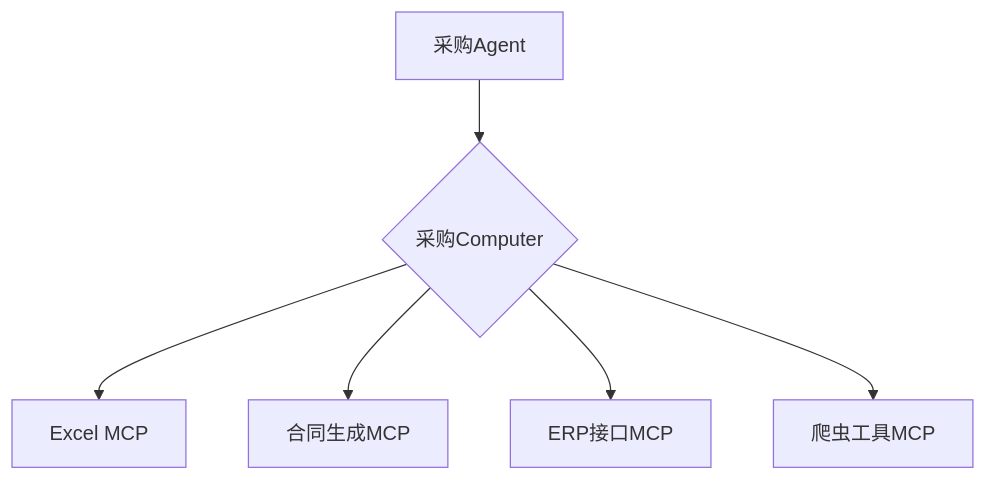
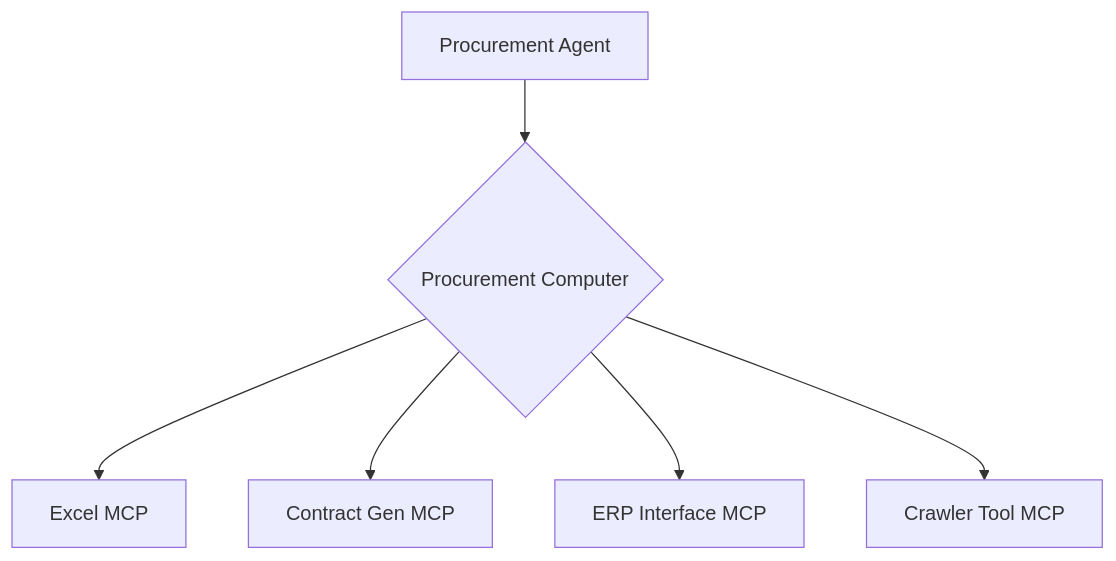
Before and after one commit to A2C-SMCP/.github: the second of 7 diagrams in profile/README.md, drawn with Mermaid. The commit also changed other lines of this file and 2 other files, not shown here.

````diff
--- a/profile/README.md
+++ b/profile/README.md
@@ -38,8 +42,8 @@
 ```mermaid
 graph TD
-    A[采购Agent] --> F{采购Computer}
+    A[Procurement Agent] --> F{Procurement Computer}
     F --> B[Excel MCP]
-    F --> C[合同生成MCP]
-    F --> D[ERP接口MCP]
-    F --> E[爬虫工具MCP]
+    F --> C[Contract Gen MCP]
+    F --> D[ERP Interface MCP]
+    F --> E[Crawler Tool MCP]
 ```
````
